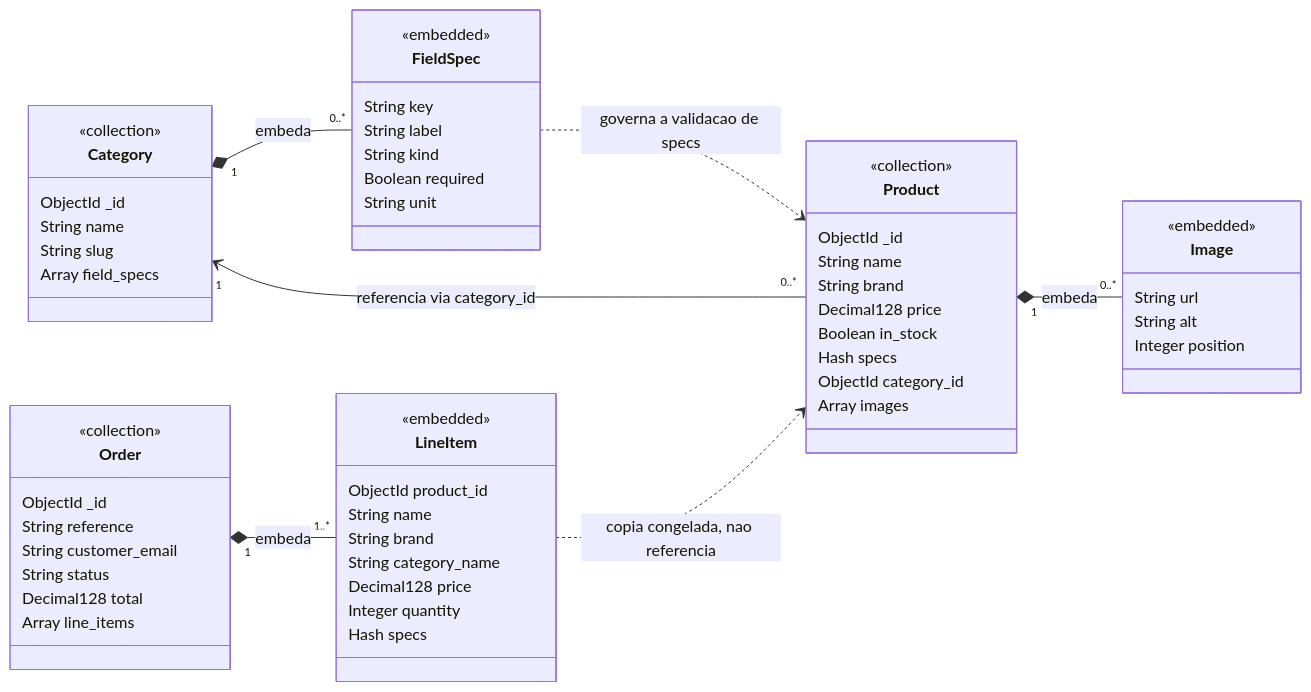
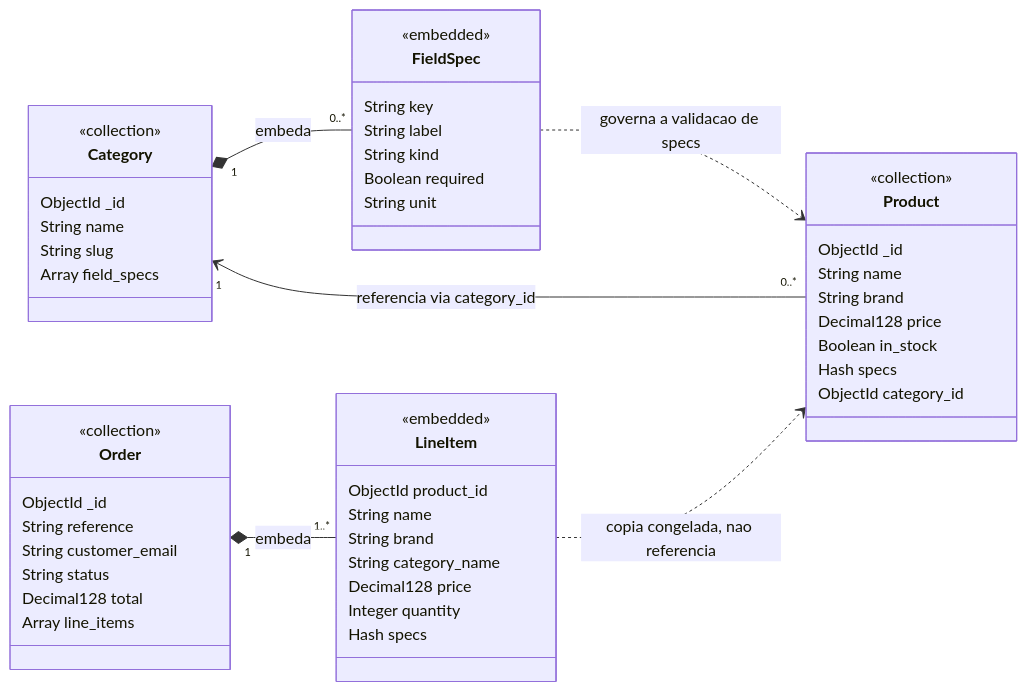
The first of 3 diagrams in docs/modelagem.md (DaviSFS21/e-commerce), drawn with Mermaid before and after one commit. The commit also changed other lines of this file and 2 other files, not shown here.

Commit message:
docs: drop images and redis from documentation

````diff
--- a/docs/modelagem.md
+++ b/docs/modelagem.md
@@ -38,70 +36,61 @@
 ```mermaid
 classDiagram
     direction LR
 
     class Category {
         <<collection>>
         ObjectId _id
         String name
         String slug
         Array field_specs
     }
 
     class FieldSpec {
         <<embedded>>
         String key
         String label
         String kind
         Boolean required
         String unit
     }
 
     class Product {
         <<collection>>
         ObjectId _id
         String name
         String brand
         Decimal128 price
         Boolean in_stock
         Hash specs
         ObjectId category_id
-        Array images
-    }
-
-    class Image {
-        <<embedded>>
-        String url
-        String alt
-        Integer position
     }
 
     class Order {
         <<collection>>
         ObjectId _id
         String reference
         String customer_email
         String status
         Decimal128 total
         Array line_items
     }
 
     class LineItem {
         <<embedded>>
         ObjectId product_id
         String name
         String brand
         String category_name
         Decimal128 price
         Integer quantity
         Hash specs
     }
 
     Category "1" *-- "0..*" FieldSpec : embeda
-    Product "1" *-- "0..*" Image : embeda
     Order "1" *-- "1..*" LineItem : embeda
 
     Product "0..*" --> "1" Category : referencia via category_id
 
     FieldSpec ..> Product : governa a validacao de specs
     LineItem ..> Product : copia congelada, nao referencia
 ```
````
